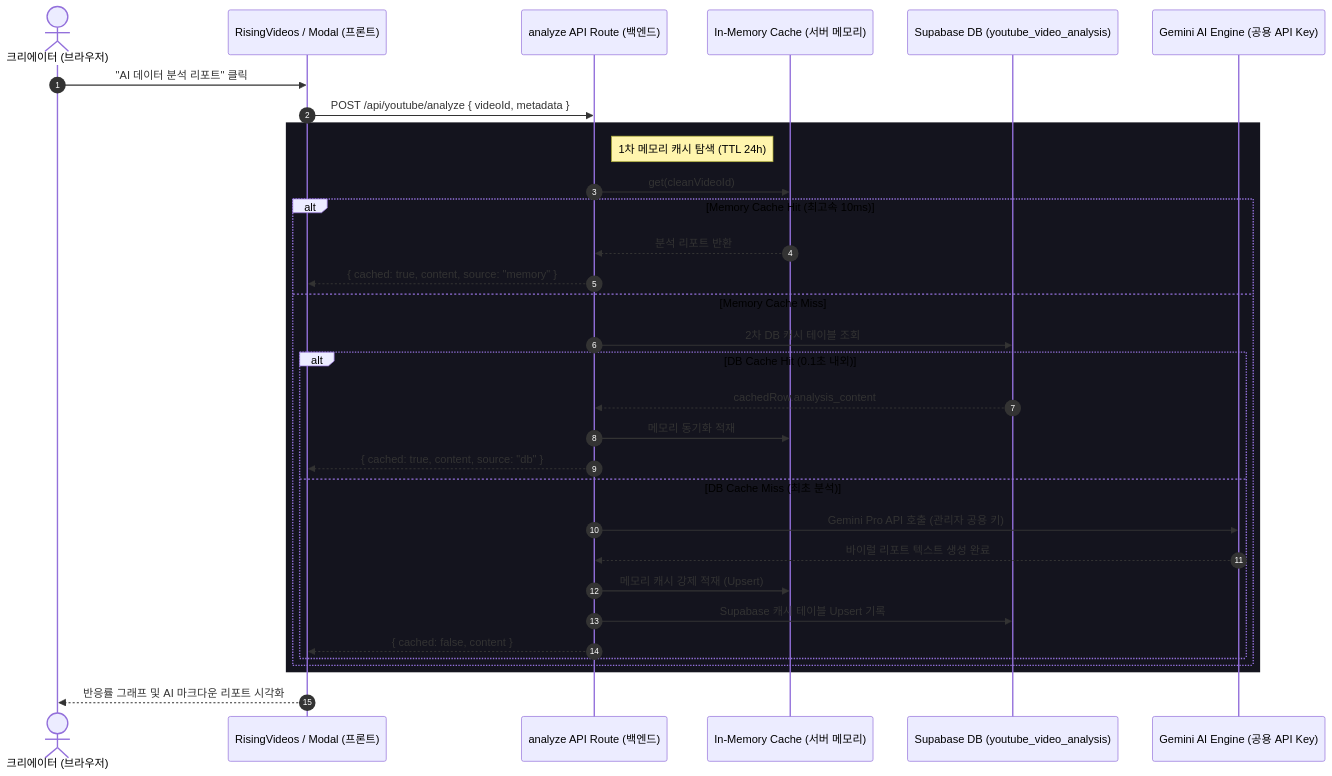
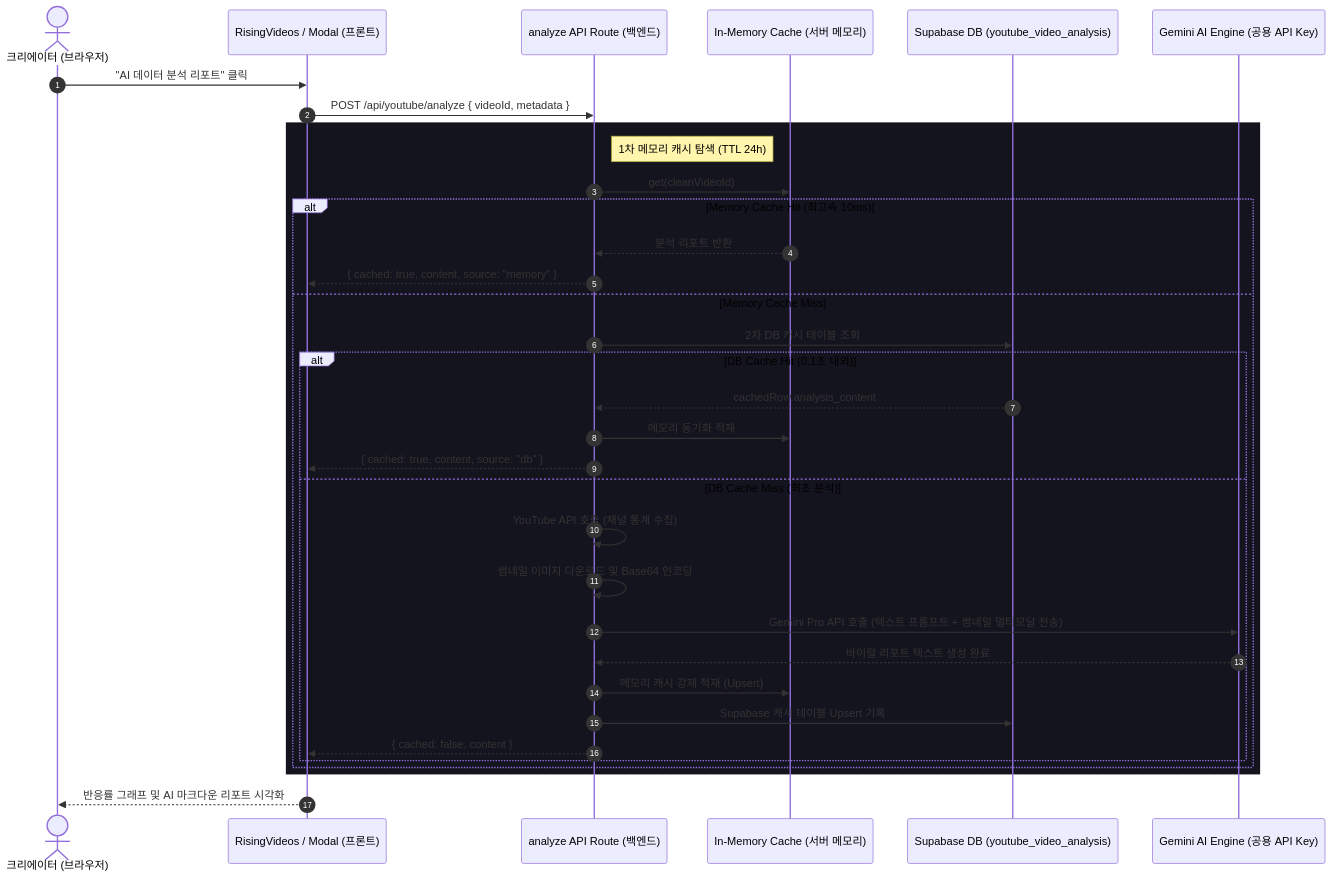
Before and after one commit to namea1000/creaibox: the diagram in docs/project/youtube-ai-trending-analysis-guide.md, drawn with Mermaid. The commit also changed other lines of this file and 20 other files, not shown here.

````diff
--- a/docs/project/youtube-ai-trending-analysis-guide.md
+++ b/docs/project/youtube-ai-trending-analysis-guide.md
@@ -13,37 +13,39 @@
 ```mermaid
 sequenceDiagram
     autonumber
     actor Creator as 크리에이터 (브라우저)
     participant Client as RisingVideos / Modal (프론트)
     participant API as analyze API Route (백엔드)
     participant Mem as In-Memory Cache (서버 메모리)
     participant DB as Supabase DB (youtube_video_analysis)
     participant AI as Gemini AI Engine (공용 API Key)
 
     Creator->>Client: "AI 데이터 분석 리포트" 클릭
     Client->>API: POST /api/youtube/analyze { videoId, metadata }
     
     rect rgb(20, 20, 30)
         note right of API: 1차 메모리 캐시 탐색 (TTL 24h)
         API->>Mem: get(cleanVideoId)
         alt Memory Cache Hit (최고속 10ms)
             Mem-->>API: 분석 리포트 반환
             API-->>Client: { cached: true, content, source: "memory" }
         else Memory Cache Miss
             API->>DB: 2차 DB 캐시 테이블 조회
             alt DB Cache Hit (0.1초 내외)
                 DB-->>API: cachedRow.analysis_content
                 API->>Mem: 메모리 동기화 적재
                 API-->>Client: { cached: true, content, source: "db" }
             else DB Cache Miss (최초 분석)
-                API->>AI: Gemini Pro API 호출 (관리자 공용 키)
+                API->>API: YouTube API 호출 (채널 통계 수집)
+                API->>API: 썸네일 이미지 다운로드 및 Base64 인코딩
+                API->>AI: Gemini Pro API 호출 (텍스트 프롬프트 + 썸네일 멀티모달 전송)
                 AI-->>API: 바이럴 리포트 텍스트 생성 완료
                 API->>Mem: 메모리 캐시 강제 적재 (Upsert)
                 API->>DB: Supabase 캐시 테이블 Upsert 기록
                 API-->>Client: { cached: false, content }
             end
         end
     end
     
     Client-->>Creator: 반응률 그래프 및 AI 마크다운 리포트 시각화
 ```
````
